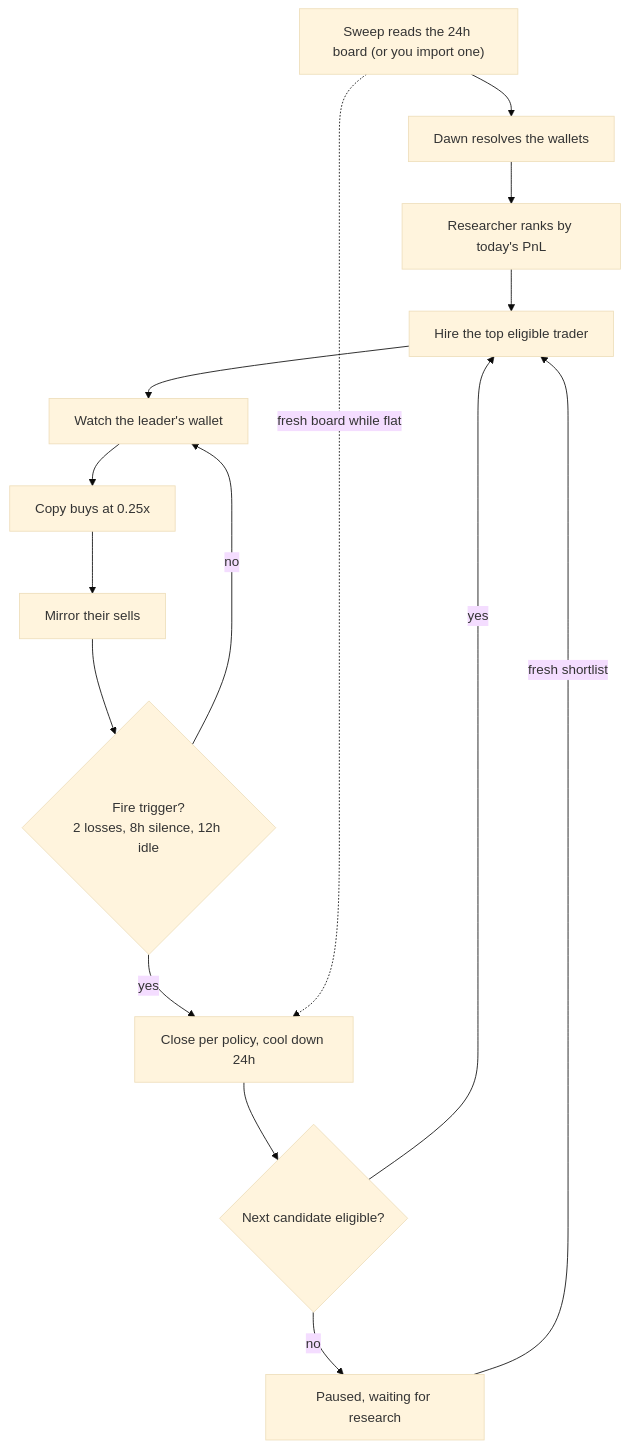
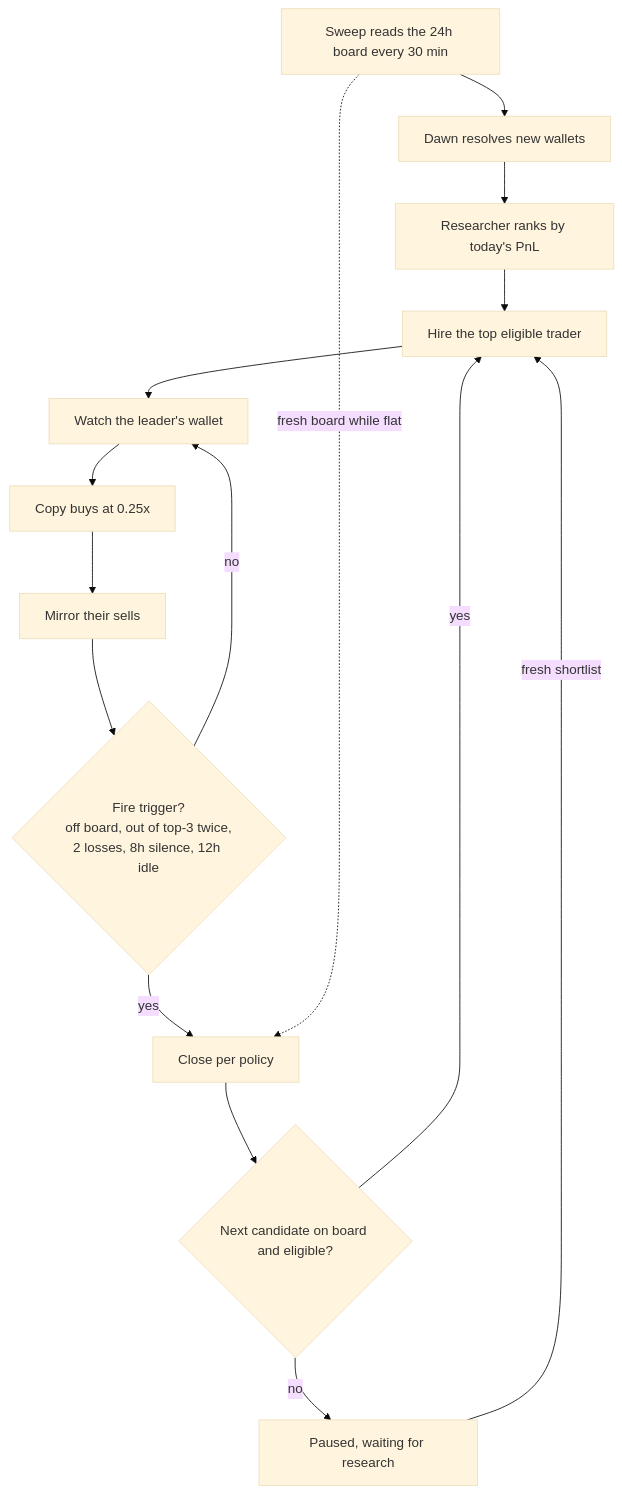
One commit to RuneL89/zcode-copytrade-bot changed the diagram in docs/diagrams/copy-loop-overview.mmd. Above: the diagram before and after it, drawn with Mermaid (base theme). The commit also changed 22 other files, not shown here.

First line of the commit message:
Rank-fire rule: fire on board decay, hire only board-present, no cooldown

```diff
--- a/docs/diagrams/copy-loop-overview.mmd
+++ b/docs/diagrams/copy-loop-overview.mmd
@@ -1,16 +1,16 @@
 %% Render: ~/.zcode/tools/mermaid-render/render.sh -i copy-loop-overview.mmd -o ../images/copy-loop-overview.png -b white -s 2 -w 1600
 flowchart TD
-    A["Sweep reads the 24h board (or you import one)"] --> B["Dawn resolves the wallets"]
+    A["Sweep reads the 24h board every 30 min"] --> B["Dawn resolves new wallets"]
     B --> C["Researcher ranks by today's PnL"]
     C --> D["Hire the top eligible trader"]
     D --> E["Watch the leader's wallet"]
     E --> F["Copy buys at 0.25x"]
     F --> G["Mirror their sells"]
-    G --> H{"Fire trigger?<br/>2 losses, 8h silence, 12h idle"}
+    G --> H{"Fire trigger?<br/>off board, out of top-3 twice,<br/>2 losses, 8h silence, 12h idle"}
     H -->|no| E
-    H -->|yes| I["Close per policy, cool down 24h"]
+    H -->|yes| I["Close per policy"]
     A -.->|fresh board while flat| I
-    I --> J{"Next candidate eligible?"}
+    I --> J{"Next candidate on board and eligible?"}
     J -->|yes| D
     J -->|no| K["Paused, waiting for research"]
     K -->|fresh shortlist| D
```
